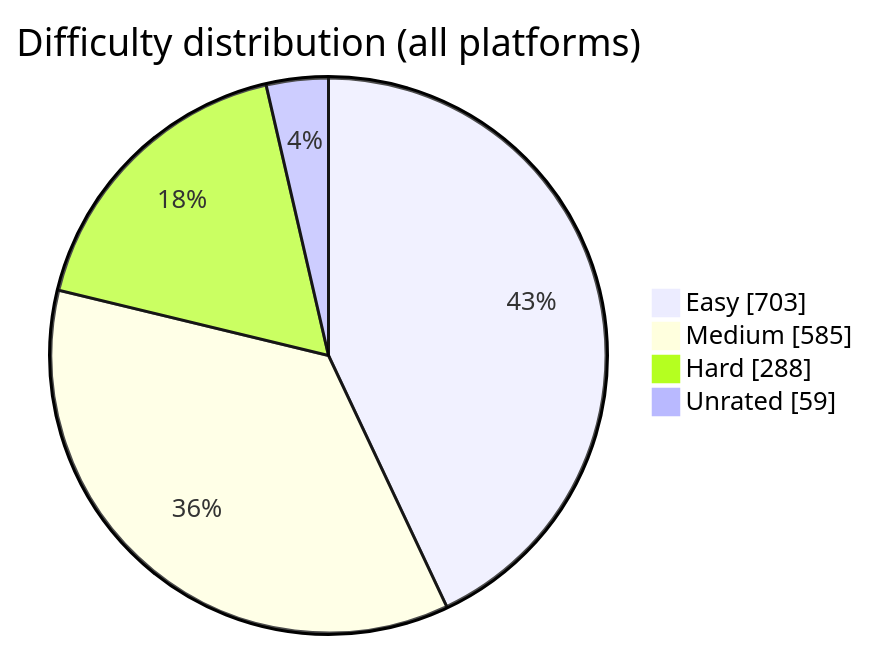
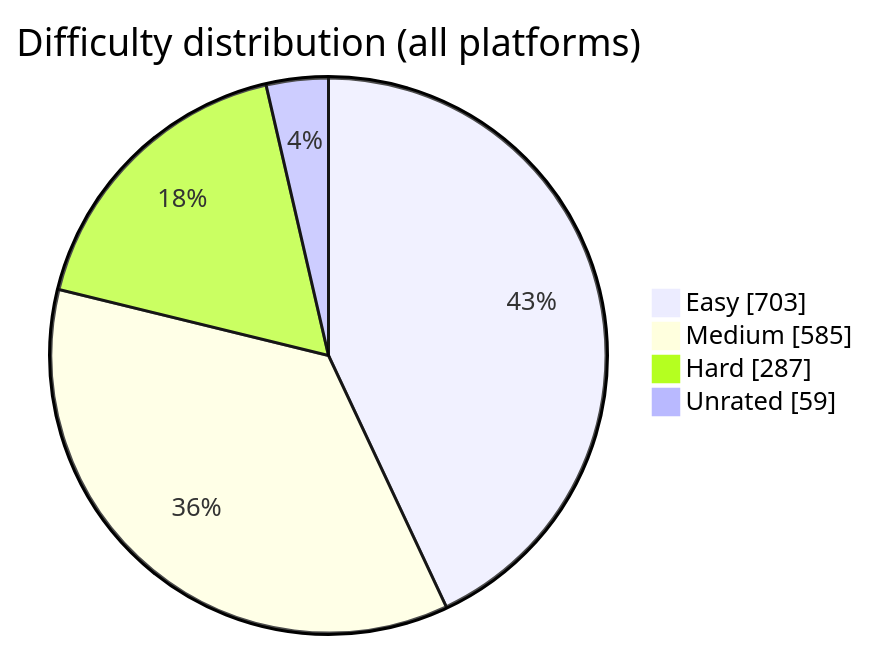
The diagram in README.md (BuildbyArindam/Daily-Coding-Log), drawn with Mermaid before and after one commit. The commit also changed other lines of this file, not shown here.

````diff
--- a/README.md
+++ b/README.md
@@ -93,7 +93,7 @@
 ```mermaid
 pie showData title Difficulty distribution (all platforms)
     "Easy" : 703
     "Medium" : 585
-    "Hard" : 288
+    "Hard" : 287
     "Unrated" : 59
 ```
````
